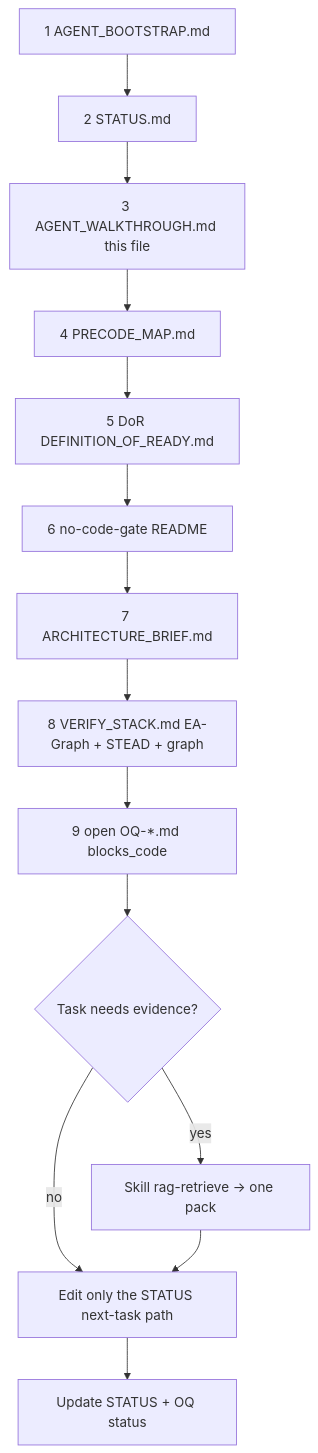
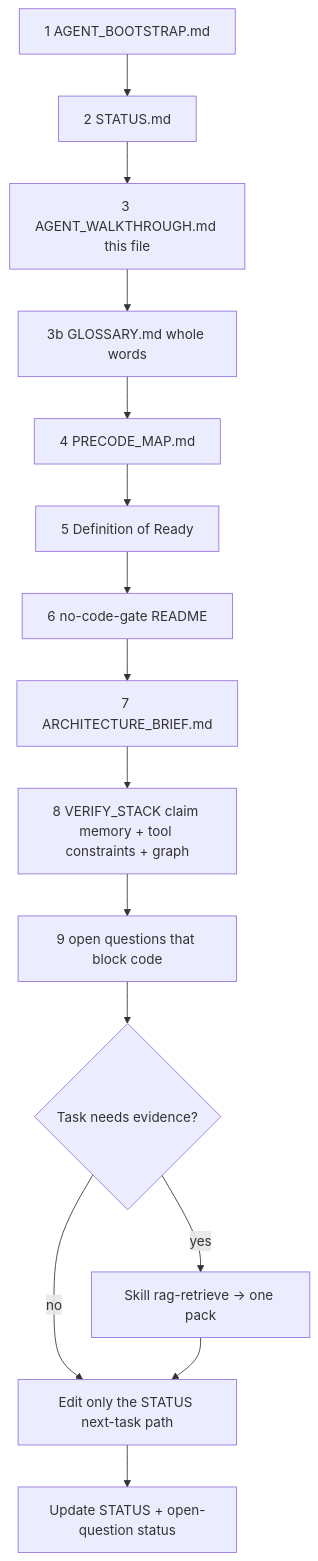
One commit to huntyyyyyy/spring-boot-doc-agent changed the diagram in ports/verified-architecture/AGENT_WALKTHROUGH.md. Above: the diagram before and after it, drawn with Mermaid. The commit also changed other lines of this file and 17 other files, not shown here.

First line of the commit message:
docs(verified-architecture): prefer whole words over bare acronyms

````diff
--- a/ports/verified-architecture/AGENT_WALKTHROUGH.md
+++ b/ports/verified-architecture/AGENT_WALKTHROUGH.md
@@ -29,16 +31,17 @@
 ```mermaid
 flowchart TD
   A[1 AGENT_BOOTSTRAP.md] --> B[2 STATUS.md]
   B --> C[3 AGENT_WALKTHROUGH.md this file]
-  C --> D[4 PRECODE_MAP.md]
-  D --> E[5 DoR DEFINITION_OF_READY.md]
+  C --> GLOSS[3b GLOSSARY.md whole words]
+  GLOSS --> D[4 PRECODE_MAP.md]
+  D --> E[5 Definition of Ready]
   E --> F[6 no-code-gate README]
   F --> G[7 ARCHITECTURE_BRIEF.md]
-  G --> H[8 VERIFY_STACK.md EA-Graph + STEAD + graph]
-  H --> I[9 open OQ-*.md blocks_code]
+  G --> H[8 VERIFY_STACK claim memory + tool constraints + graph]
+  H --> I[9 open questions that block code]
   I --> J{Task needs evidence?}
   J -->|yes| K[Skill rag-retrieve → one pack]
   J -->|no| L[Edit only the STATUS next-task path]
   K --> L
-  L --> M[Update STATUS + OQ status]
+  L --> M[Update STATUS + open-question status]
 ```
````
